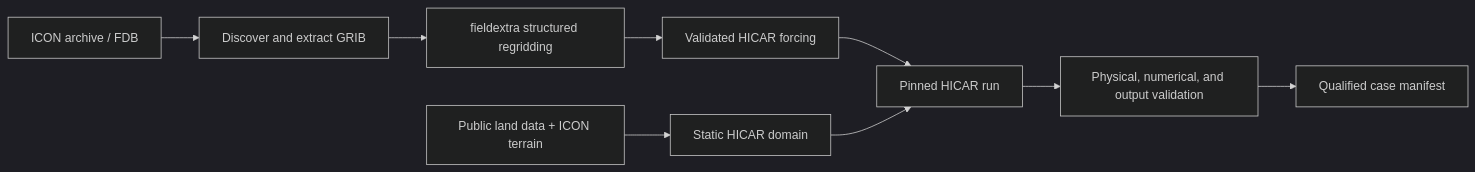
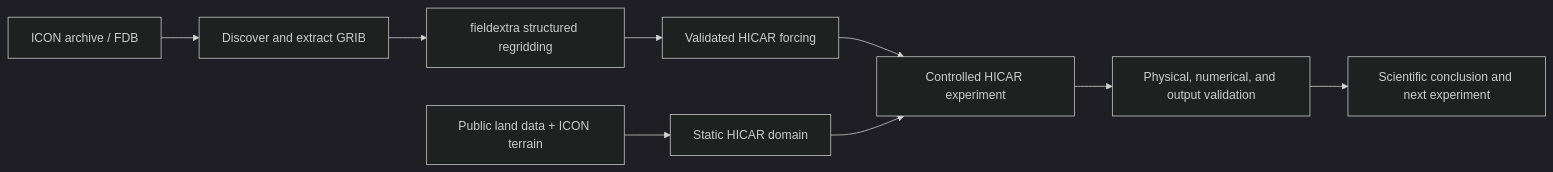
Before and after one commit to ofuhrer/icon_downscaling: the diagram in README.md, drawn with Mermaid (dark theme). The commit also changed other lines of this file and 12 other files, not shown here.

````diff
--- a/README.md
+++ b/README.md
@@ -25,11 +30,11 @@
 ```mermaid
 flowchart LR
     A["ICON archive / FDB"] --> B["Discover and extract GRIB"]
     B --> C["fieldextra structured regridding"]
     C --> D["Validated HICAR forcing"]
     E["Public land data + ICON terrain"] --> F["Static HICAR domain"]
-    D --> G["Pinned HICAR run"]
+    D --> G["Controlled HICAR experiment"]
     F --> G
     G --> H["Physical, numerical, and output validation"]
-    H --> I["Qualified case manifest"]
+    H --> I["Scientific conclusion and next experiment"]
 ```
````
